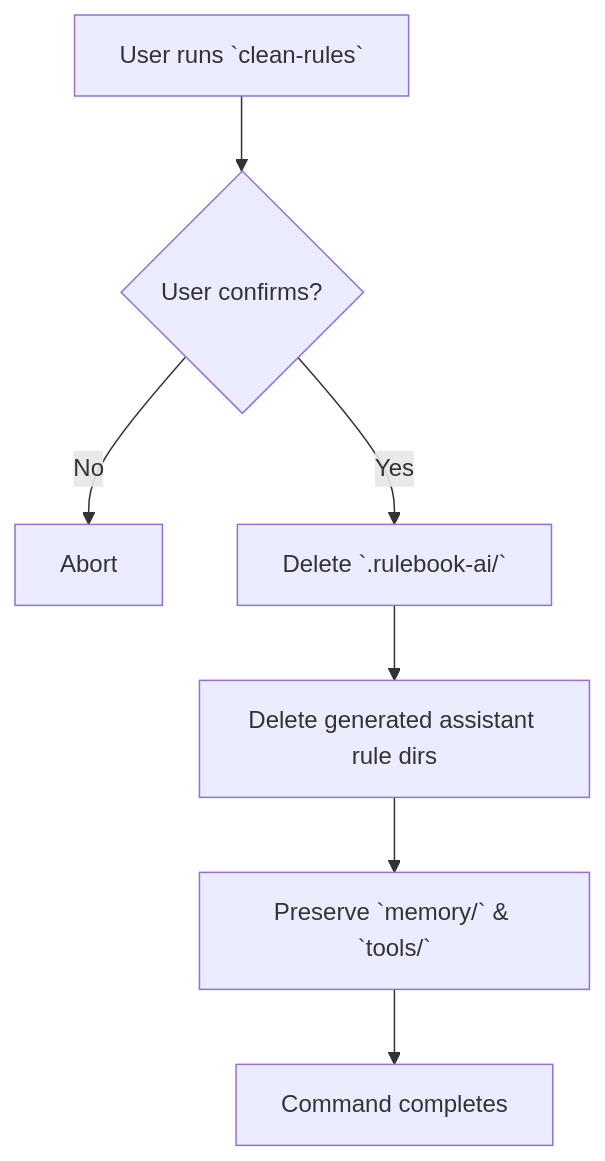
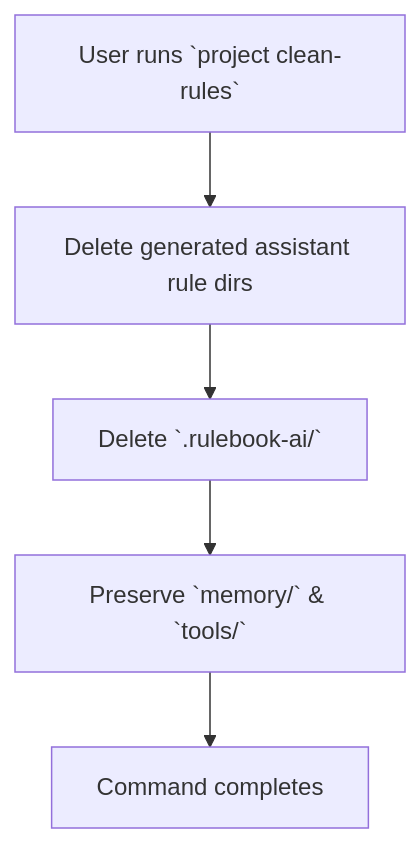
Before and after one commit to botingw/rulebook-ai: the fifth of 6 diagrams in memory/docs/features/manage_rules/command_flow_diagrams.md, drawn with Mermaid. The commit also changed other lines of this file and 2 other files, not shown here.

First line of the commit message:
docs: align ADR-002, flow diagrams, and plan with the implemented CLI

````diff
--- a/memory/docs/features/manage_rules/command_flow_diagrams.md
+++ b/memory/docs/features/manage_rules/command_flow_diagrams.md
@@ -64,9 +63,7 @@
 ```mermaid
 flowchart TD
-    A[User runs `clean-rules`] --> B{User confirms?}
-    B -- No --> Z[Abort]
-    B -- Yes --> C[Delete `.rulebook-ai/`]
-    C --> D[Delete generated assistant rule dirs]
-    D --> E[Preserve `memory/` & `tools/`]
-    E --> F[Command completes]
+    A[User runs `project clean-rules`] --> B[Delete generated assistant rule dirs]
+    B --> C[Delete `.rulebook-ai/`]
+    C --> D[Preserve `memory/` & `tools/`]
+    D --> E[Command completes]
 ```
````
